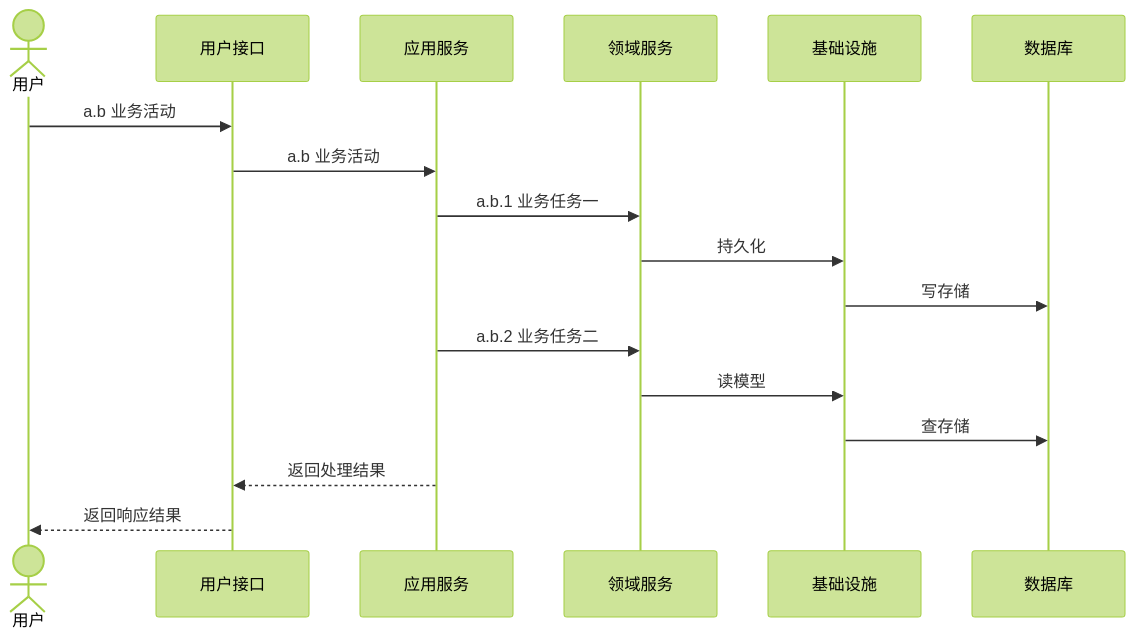
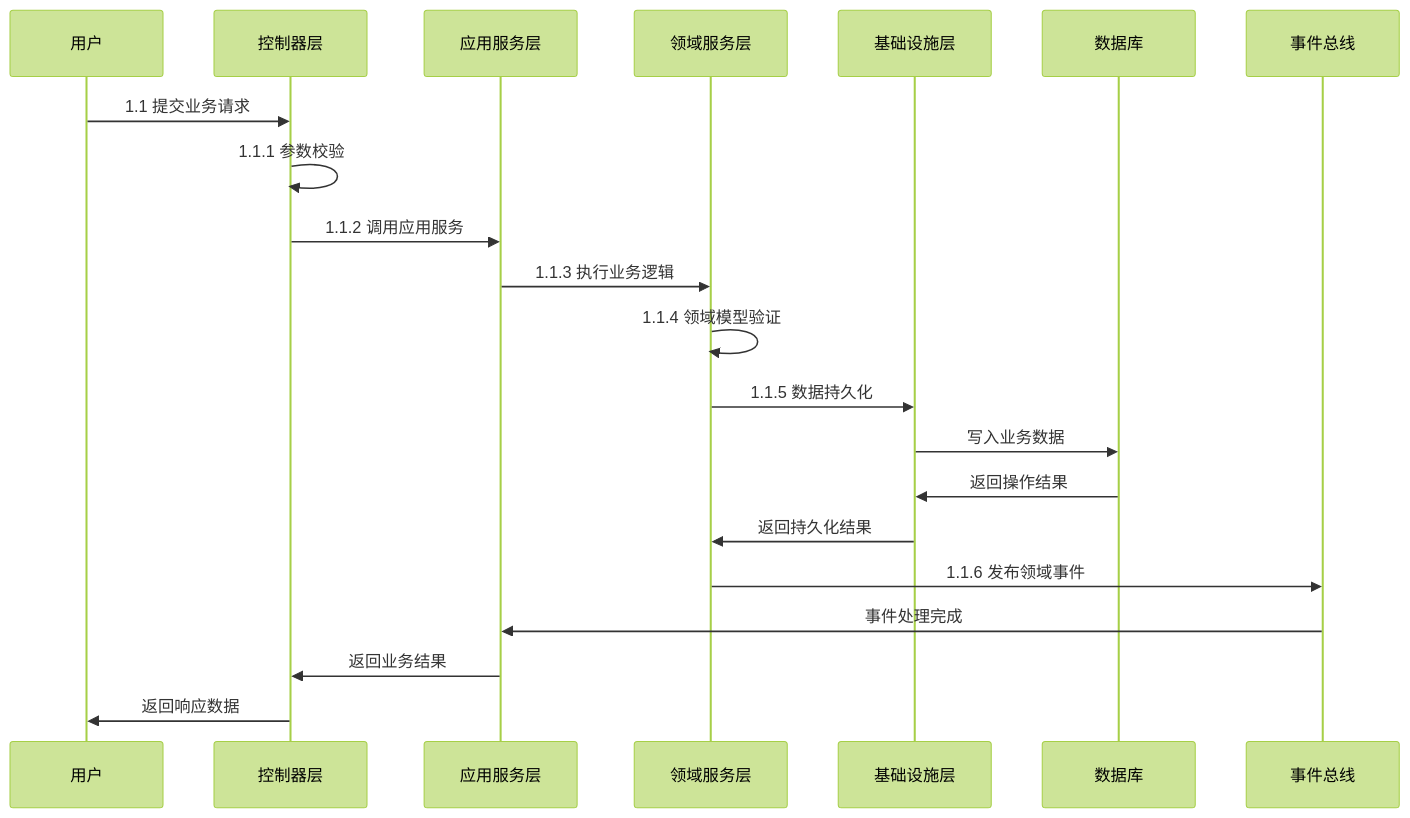
One commit to oleewen/ai-master changed the sixth of 7 diagrams in .claude/rules/design/design-template.md. Above: the diagram before and after it, drawn with Mermaid (forest theme). The commit also changed other lines of this file and 1 other file, not shown here.

````diff
--- a/.claude/rules/design/design-template.md
+++ b/.claude/rules/design/design-template.md
@@ -132,20 +201,26 @@
 ```mermaid
 sequenceDiagram
-    Actor U as 用户
-    participant API as 用户接口
-    participant APP as 应用服务
-    participant DOMAIN as 领域服务
-    participant INFRA as 基础设施
-    participant DB as 数据库
+    participant User as 用户
+    participant Controller as 控制器层
+    participant Application as 应用服务层
+    participant Domain as 领域服务层
+    participant Infrastructure as 基础设施层
+    participant Database as 数据库
+    participant EventBus as 事件总线
     
-    U->>API: a.b 业务活动
-    API->>APP: a.b 业务活动
-    APP->>DOMAIN: a.b.1 业务任务一
-    DOMAIN->>INFRA: 持久化
-    INFRA->>DB: 写存储
-    APP->>DOMAIN: a.b.2 业务任务二
-    DOMAIN->>INFRA: 读模型
-    INFRA->>DB: 查存储
-    APP-->>API: 返回处理结果
-    API-->>U: 返回响应结果
+    User->>Controller: 1.1 提交业务请求
+    Controller->>Controller: 1.1.1 参数校验
+    Controller->>Application: 1.1.2 调用应用服务
+    
+    Application->>Domain: 1.1.3 执行业务逻辑
+    Domain->>Domain: 1.1.4 领域模型验证
+    Domain->>Infrastructure: 1.1.5 数据持久化
+    Infrastructure->>Database: 写入业务数据
+    Database->>Infrastructure: 返回操作结果
+    Infrastructure->>Domain: 返回持久化结果
+    
+    Domain->>EventBus: 1.1.6 发布领域事件
+    EventBus->>Application: 事件处理完成
+    Application->>Controller: 返回业务结果
+    Controller->>User: 返回响应数据
 ```
````
